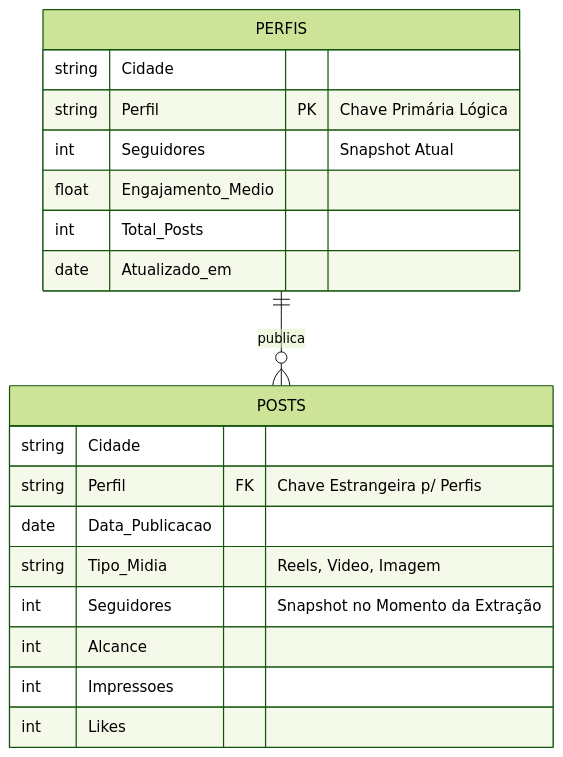
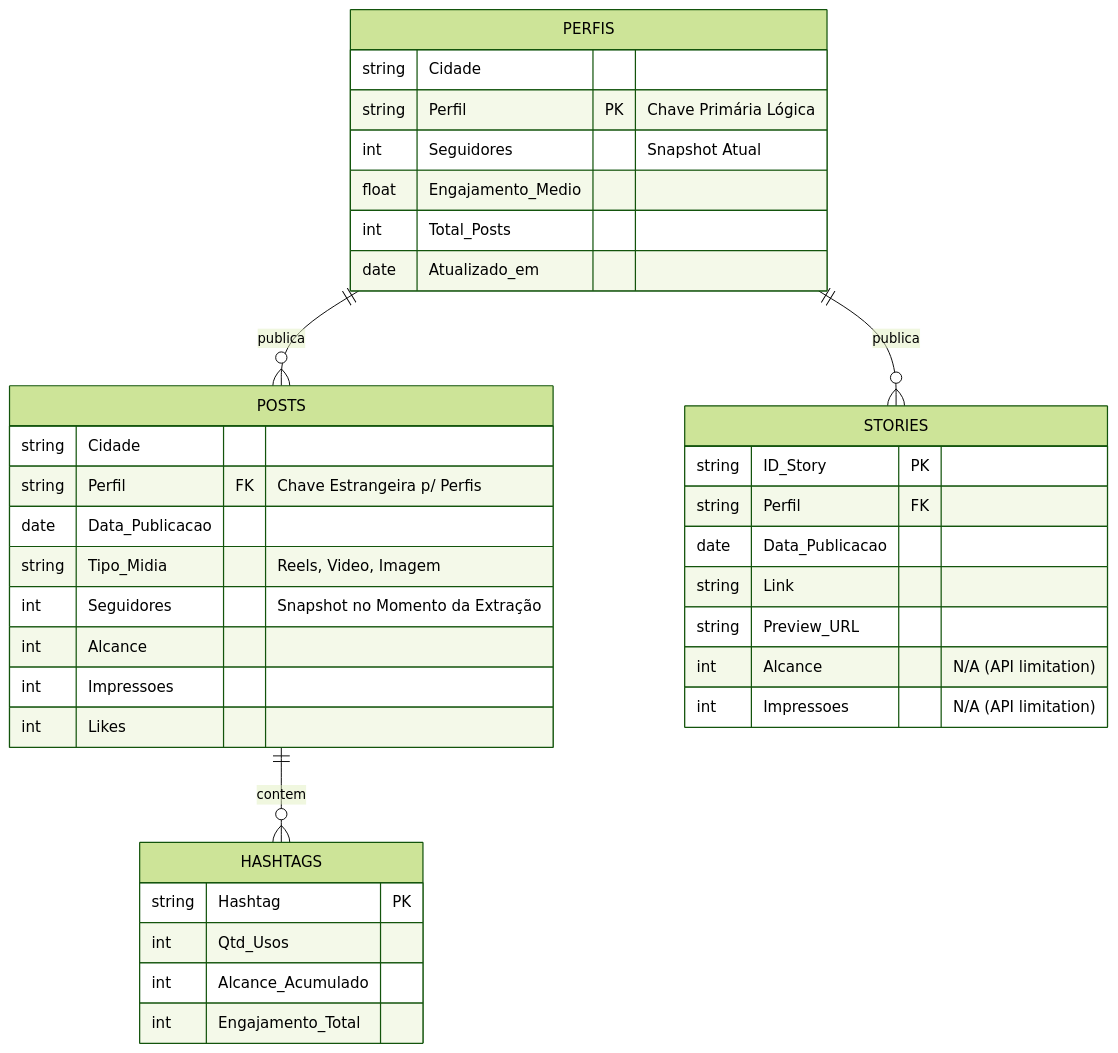
One commit to mscarpenter-myside/mycreator-analytics changed the third of 3 diagrams in DOC_TECNICA.md. Above: the diagram before and after it, drawn with Mermaid (forest theme). The commit also changed other lines of this file and 8 other files, not shown here.

````diff
--- a/DOC_TECNICA.md
+++ b/DOC_TECNICA.md
@@ -95,24 +107,43 @@
 ```mermaid
 erDiagram
     PERFIS ||--o{ POSTS : "publica"
+    PERFIS ||--o{ STORIES : "publica"
+    POSTS ||--o{ HASHTAGS : "contem"
     
     PERFIS {
         string Cidade
         string Perfil PK "Chave Primária Lógica"
         int Seguidores "Snapshot Atual"
         float Engajamento_Medio
         int Total_Posts
         date Atualizado_em
     }
 
     POSTS {
         string Cidade
         string Perfil FK "Chave Estrangeira p/ Perfis"
         date Data_Publicacao
         string Tipo_Midia "Reels, Video, Imagem"
         int Seguidores "Snapshot no Momento da Extração"
         int Alcance
         int Impressoes
         int Likes
     }
+
+    STORIES {
+        string ID_Story PK
+        string Perfil FK
+        date Data_Publicacao
+        string Link
+        string Preview_URL
+        int Alcance "N/A (API limitation)"
+        int Impressoes "N/A (API limitation)"
+    }
+
+    HASHTAGS {
+        string Hashtag PK
+        int Qtd_Usos
+        int Alcance_Acumulado
+        int Engajamento_Total
+    }
 ```
````
